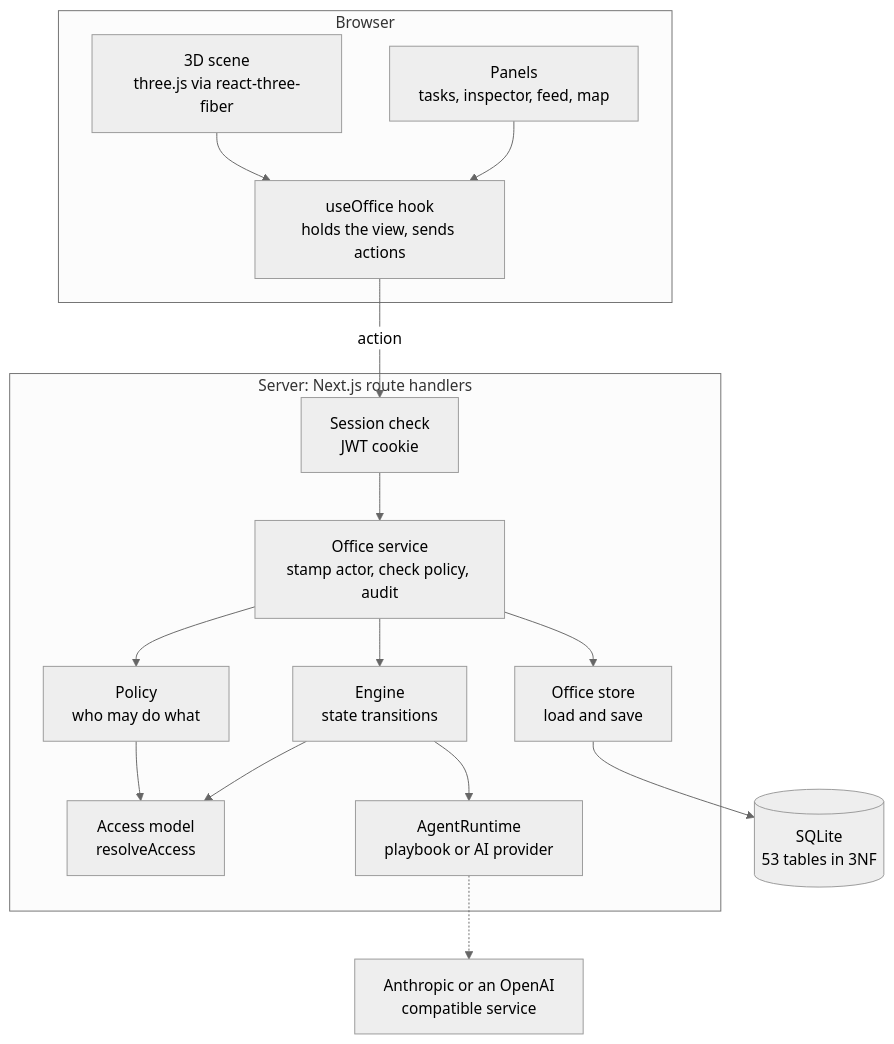
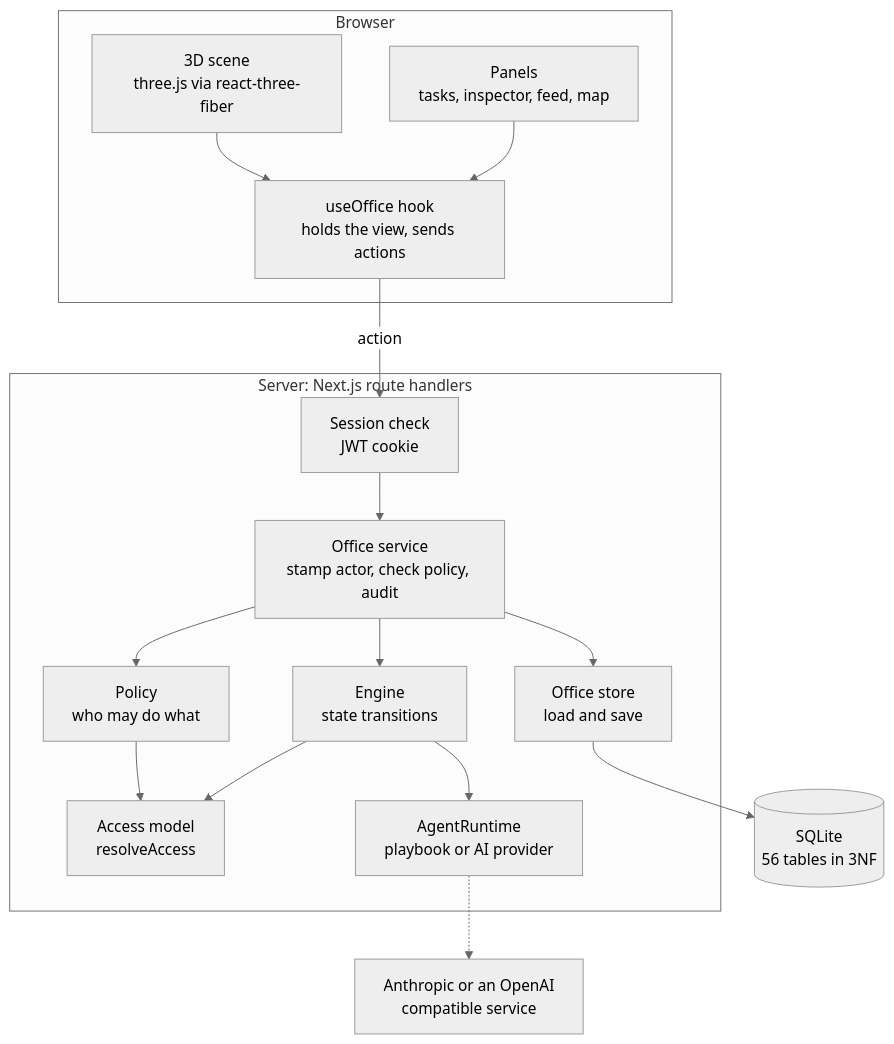
Before and after one commit to seyitgkc/ai-virtual-office: the first of 14 diagrams in README.md, drawn with Mermaid (neutral theme). The commit also changed other lines of this file, not shown here.

````diff
--- a/README.md
+++ b/README.md
@@ -414,34 +440,34 @@
 ```mermaid
 flowchart TB
   subgraph Browser
     scene["3D scene<br/>three.js via react-three-fiber"]
     panels["Panels<br/>tasks, inspector, feed, map"]
     hook["useOffice hook<br/>holds the view, sends actions"]
     scene --> hook
     panels --> hook
   end
 
   subgraph Server["Server: Next.js route handlers"]
     http["Session check<br/>JWT cookie"]
     service["Office service<br/>stamp actor, check policy, audit"]
     policy["Policy<br/>who may do what"]
     engine["Engine<br/>state transitions"]
     access["Access model<br/>resolveAccess"]
     runtime["AgentRuntime<br/>playbook or AI provider"]
     store["Office store<br/>load and save"]
   end
 
-  db[("SQLite<br/>53 tables in 3NF")]
+  db[("SQLite<br/>56 tables in 3NF")]
   llm["Anthropic or an OpenAI<br/>compatible service"]
 
   hook -->|"action"| http
   http --> service
   service --> policy
   service --> engine
   policy --> access
   engine --> access
   engine --> runtime
   runtime -.-> llm
   service --> store
   store --> db
 ```
````
